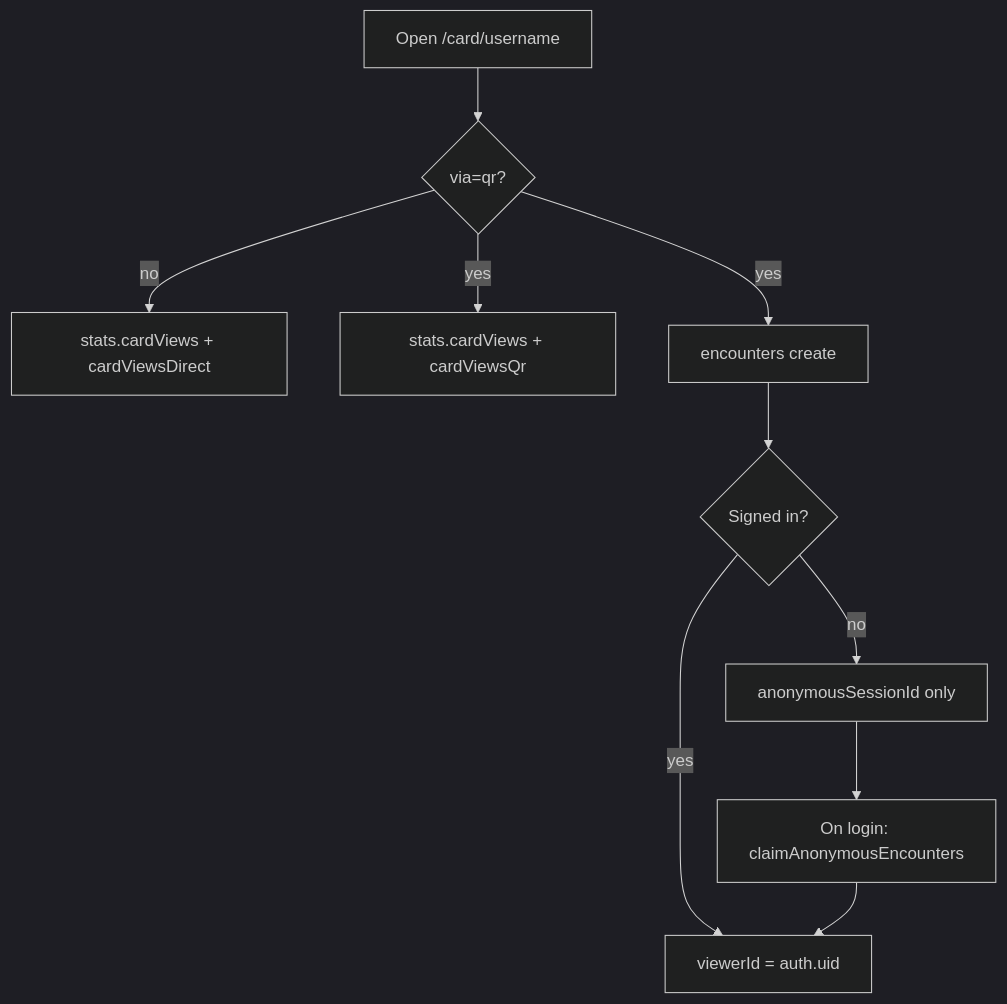
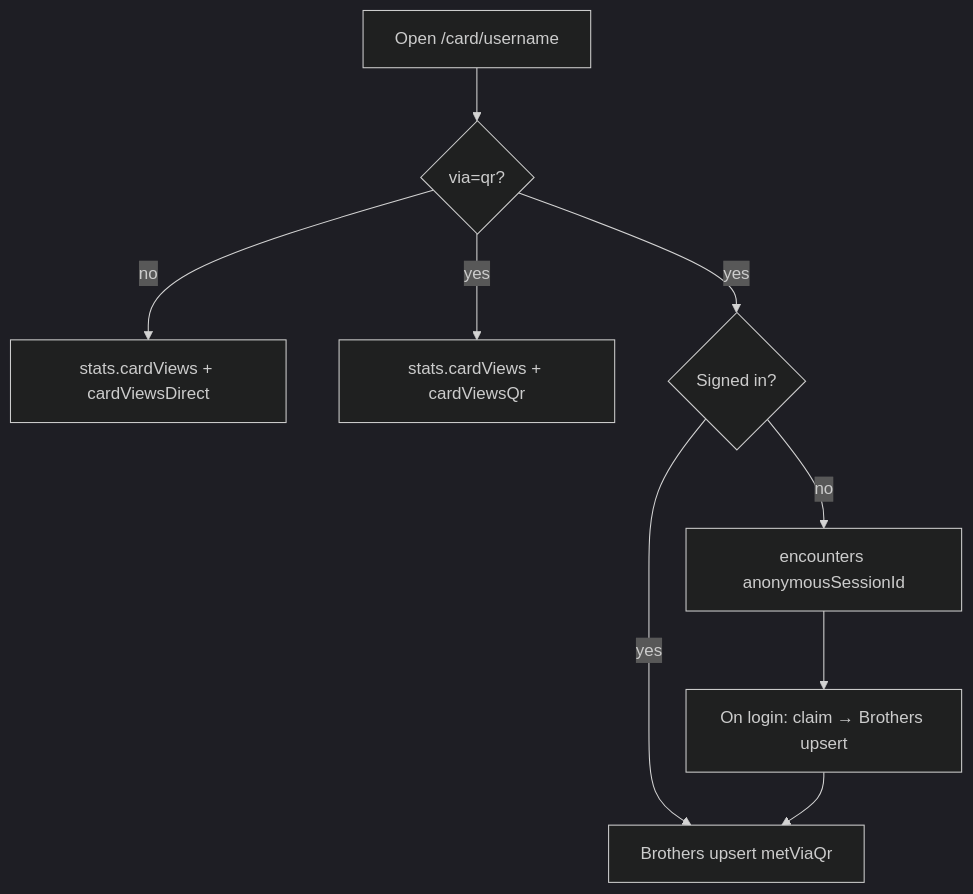
The eighth of 12 diagrams in ARCHITECTURE_DIAGRAMS.md (jnashdesign/kappaCard_React), drawn with Mermaid (dark theme) before and after one commit. The commit also changed other lines of this file and 23 other files, not shown here.

Commit message:
Combined Collected and People Ive Met into Brothers

````diff
--- a/ARCHITECTURE_DIAGRAMS.md
+++ b/ARCHITECTURE_DIAGRAMS.md
@@ -337,13 +362,12 @@
 ```mermaid
 flowchart TD
   visit["Open /card/username"]
   visit --> source{"via=qr?"}
   source -->|no| analyticsDirect["stats.cardViews + cardViewsDirect"]
   source -->|yes| analyticsQr["stats.cardViews + cardViewsQr"]
-  source -->|yes| encounter["encounters create"]
-  encounter --> auth{"Signed in?"}
-  auth -->|yes| withViewer["viewerId = auth.uid"]
-  auth -->|no| anon["anonymousSessionId only"]
-  anon --> claim["On login: claimAnonymousEncounters"]
-  claim --> withViewer
+  source -->|yes| auth{"Signed in?"}
+  auth -->|yes| brother["Brothers upsert metViaQr"]
+  auth -->|no| anon["encounters anonymousSessionId"]
+  anon --> claim["On login: claim → Brothers upsert"]
+  claim --> brother
 ```
````
